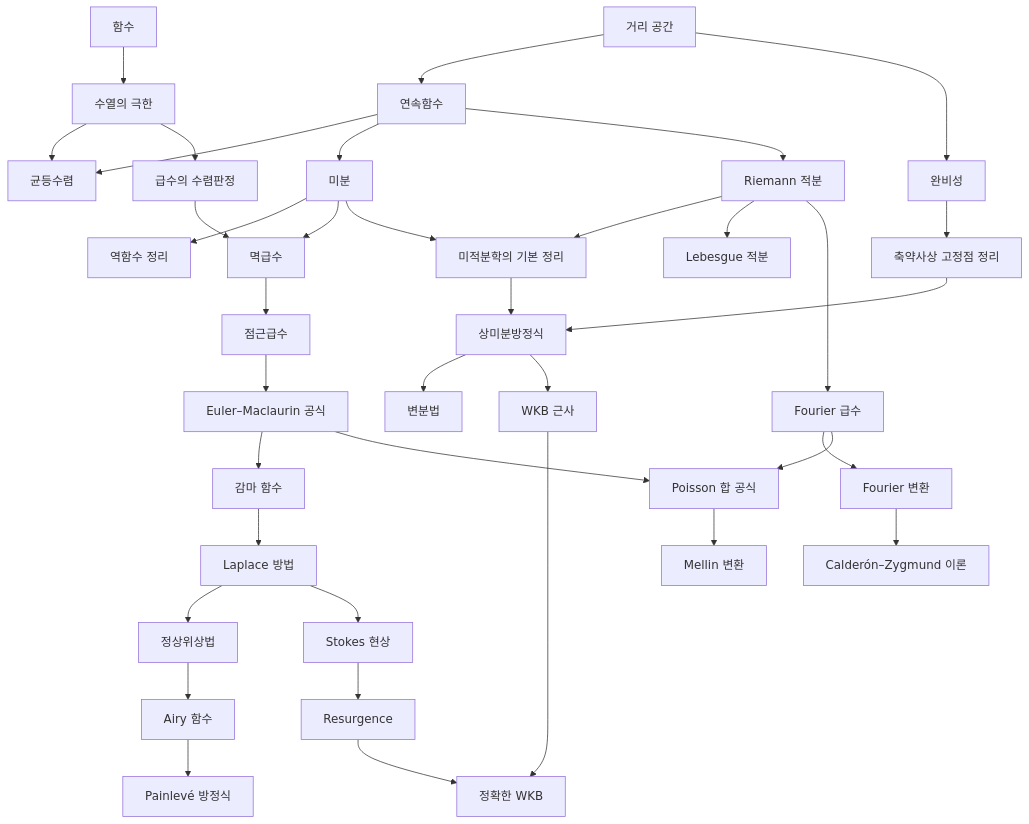
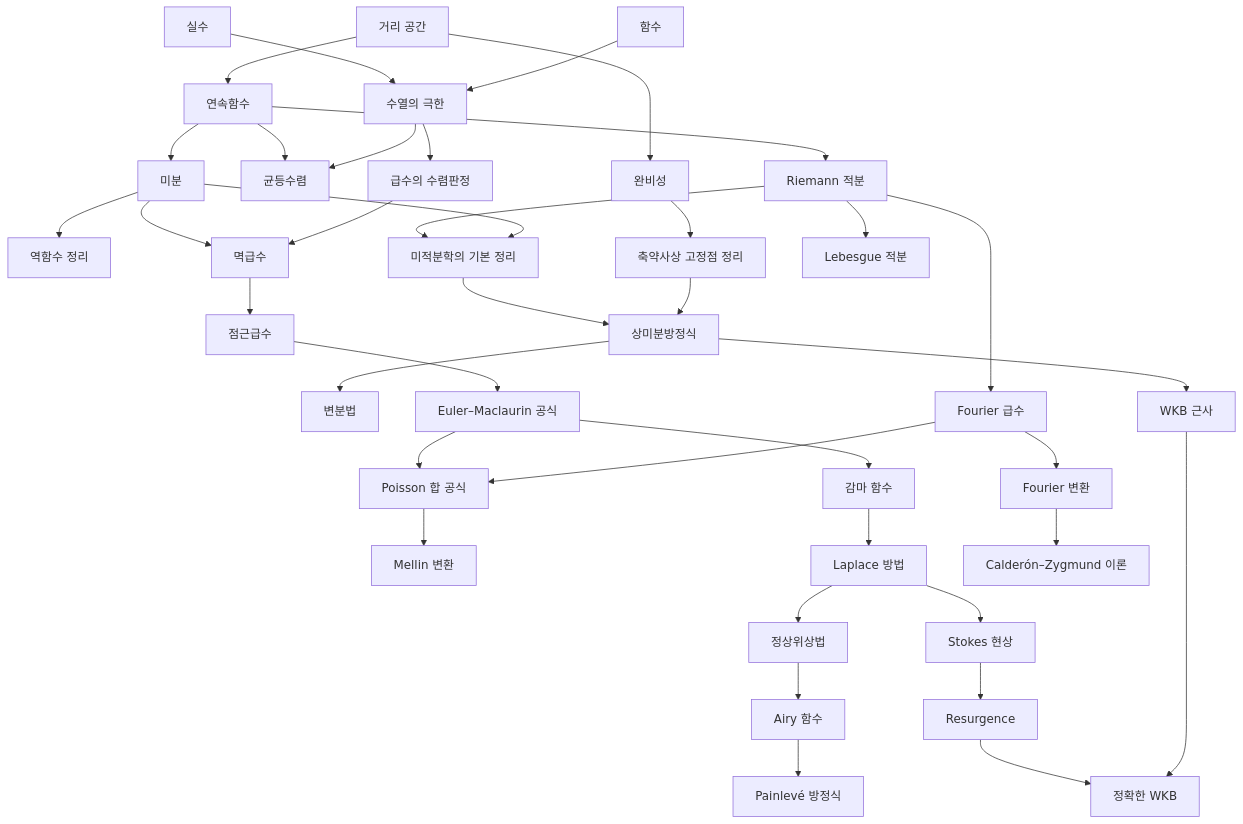
Before and after one commit to Phryxia/math-map: the diagram in docs/analysis-overview.md, drawn with Mermaid. The commit also changed other lines of this file and 5 other files, not shown here.

````diff
--- a/docs/analysis-overview.md
+++ b/docs/analysis-overview.md
@@ -11,39 +11,40 @@
 ```mermaid
 graph TD
   FN["함수"] --> LM["수열의 극한"]
+  RN["실수"] --> LM
   MS["거리 공간"] --> CT["연속함수"]
   MS --> CM["완비성"]
   LM --> UC["균등수렴"]
   CT --> UC
   CT --> DV["미분"]
   DV --> IF["역함수 정리"]
   CT --> RI["Riemann 적분"]
   LM --> SC["급수의 수렴판정"]
   SC --> PS["멱급수"]
   DV --> PS
   DV --> FC["미적분학의 기본 정리"]
   RI --> FC
   CM --> BF["축약사상 고정점 정리"]
   BF --> OD["상미분방정식"]
   FC --> OD
   OD --> CV["변분법"]
   RI --> LI["Lebesgue 적분"]
   RI --> FS["Fourier 급수"]
   FS --> FT["Fourier 변환"]
   FS --> PSm["Poisson 합 공식"]
   PSm --> MT["Mellin 변환"]
   PS --> AS["점근급수"]
   AS --> EM["Euler–Maclaurin 공식"]
   EM --> GM["감마 함수"]
   EM --> PSm
   GM --> LP["Laplace 방법"]
   LP --> SP["정상위상법"]
   LP --> ST["Stokes 현상"]
   ST --> RS["Resurgence"]
   SP --> AF["Airy 함수"]
   AF --> PE["Painlevé 방정식"]
   OD --> WK["WKB 근사"]
   WK --> EW["정확한 WKB"]
   RS --> EW
   FT --> CZ["Calderón–Zygmund 이론"]
 ```
````
